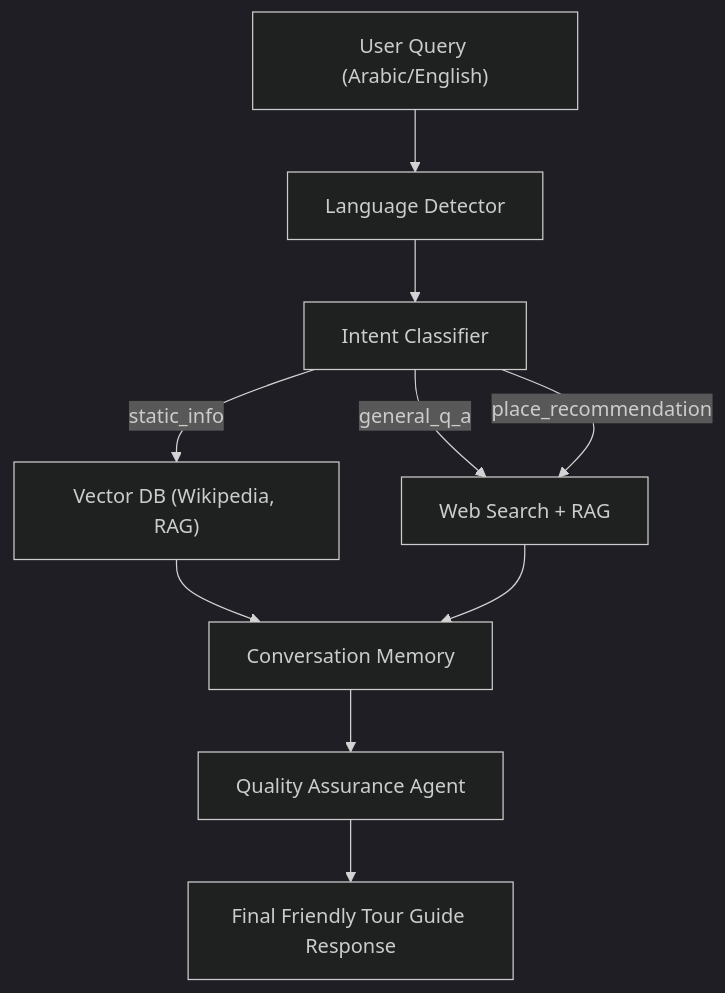
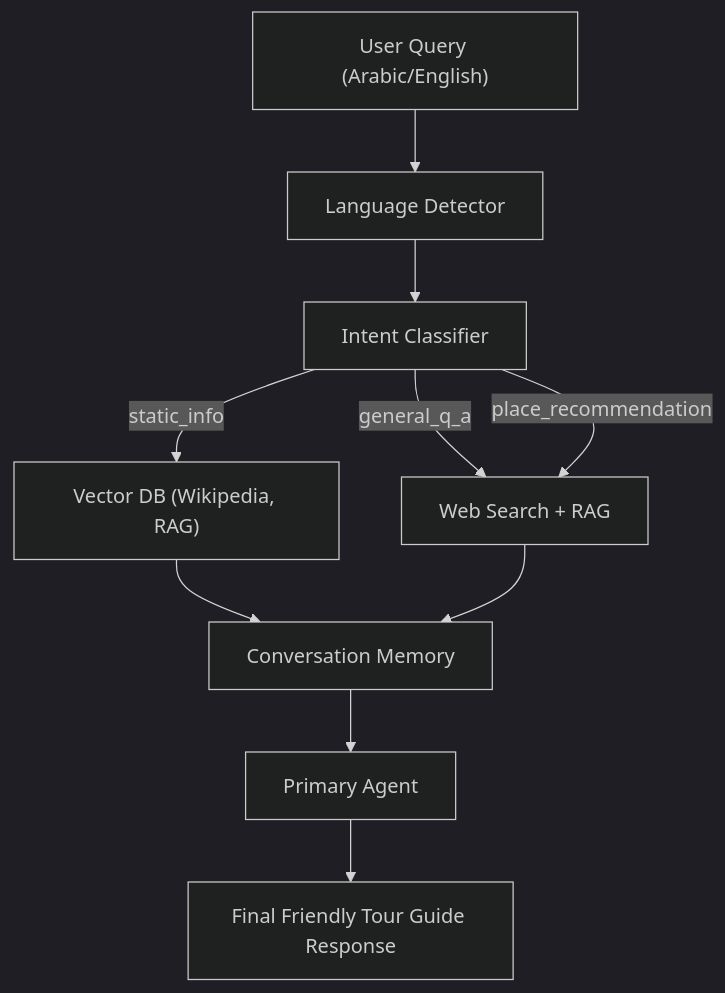
One commit to TasneemYaser/TourGuideAgent changed the diagram in README.md. Above: the diagram before and after it, drawn with Mermaid (dark theme). The commit also changed other lines of this file, not shown here.

````diff
--- a/README.md
+++ b/README.md
@@ -37,16 +37,16 @@
 ```mermaid
 flowchart TD
     A["User Query (Arabic/English)"] --> B["Language Detector"]
     B --> C["Intent Classifier"]
 
     C -->|static_info| D["Vector DB (Wikipedia, RAG)"]
     C -->|general_q_a| E["Web Search + RAG"]
     C -->|place_recommendation| E
 
     D --> F["Conversation Memory"]
     E --> F
 
-    F --> G["Quality Assurance Agent"]
+    F --> G["Primary Agent"]
     G --> H["Final Friendly Tour Guide Response"]
 
 ```
````
